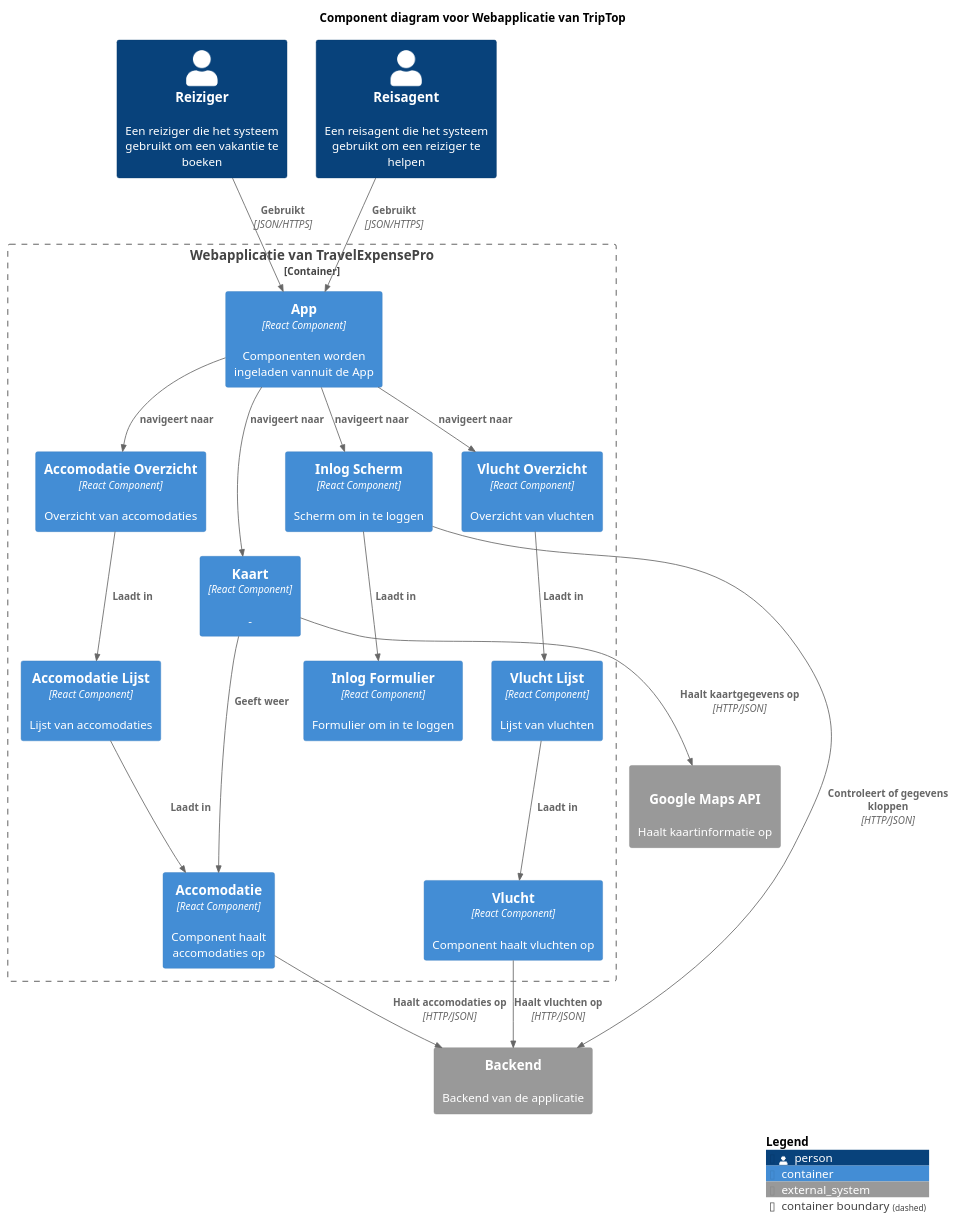
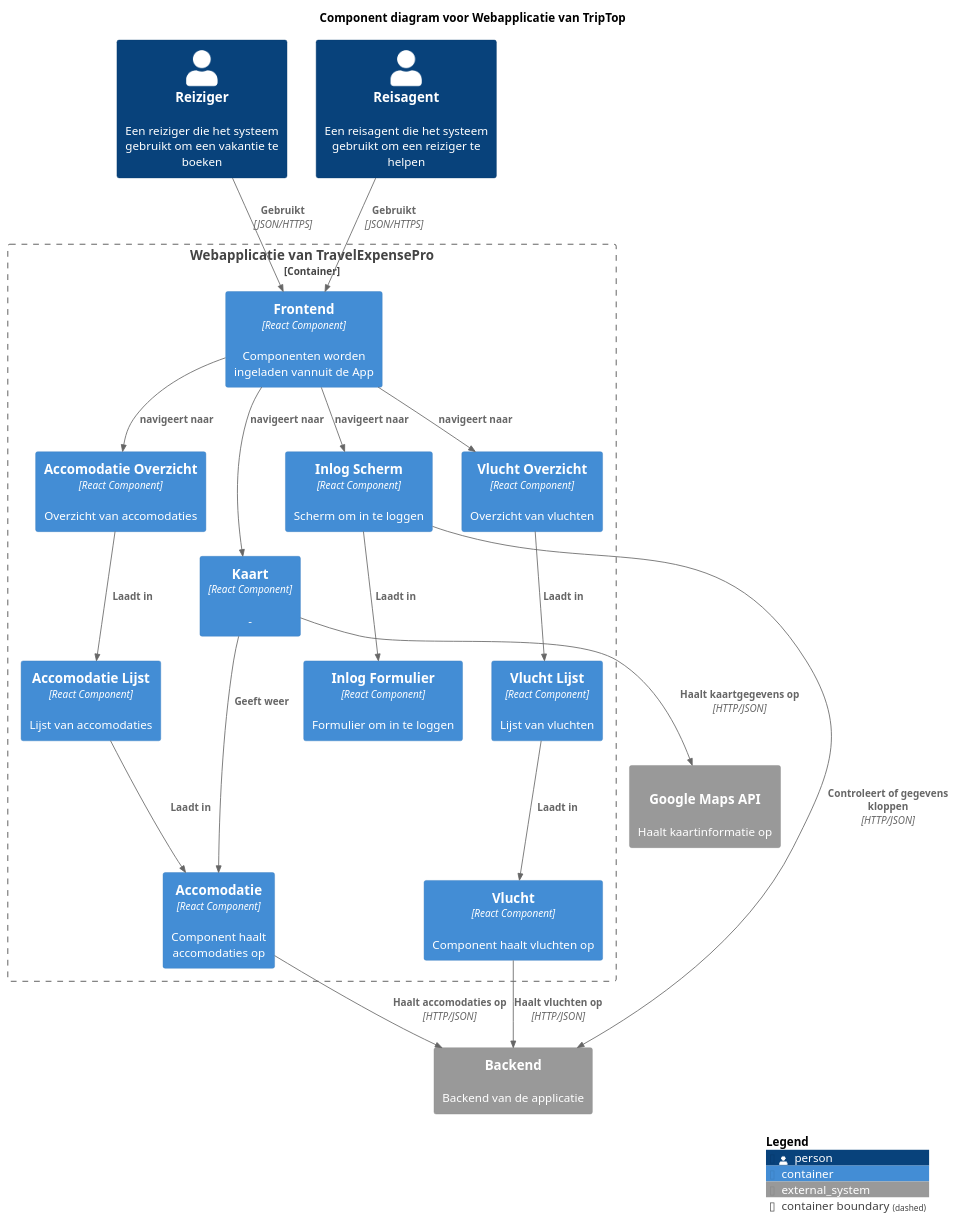
One commit to AIM-ENE-feb25/triptop-groep-b4 changed the diagram in C4_diagrammen/componentDiagramFrontEnd.puml. Above: the diagram before and after it, drawn with PlantUML. The commit also changed 1 other file, not shown here.

```diff
--- a/C4_diagrammen/componentDiagramFrontEnd.puml
+++ b/C4_diagrammen/componentDiagramFrontEnd.puml
@@ -1,47 +1,47 @@
 @startuml
 !include https://raw.githubusercontent.com/plantuml-stdlib/C4-PlantUML/master/C4_Component.puml
 ' uncomment the following line and comment the first to use locally
 ' !include C4_Component.puml
 
 LAYOUT_WITH_LEGEND()
 
 title Component diagram voor Webapplicatie van TripTop
 
 Person(Reiziger, "Reiziger", "Een reiziger die het systeem gebruikt om een vakantie te boeken")
 Person(Reisagent, "Reisagent", "Een reisagent die het systeem gebruikt om een reiziger te helpen")
 
 Container_Boundary(api, "Webapplicatie van TravelExpensePro") {
-    Container(App, "App", "React Component", "Componenten worden ingeladen vannuit de App")
+    Container(Frontend, "Frontend", "React Component", "Componenten worden ingeladen vannuit de App")
     Container(InlogScherm, "Inlog Scherm", "React Component", "Scherm om in te loggen")
     Container(InlogFormulier, "Inlog Formulier", "React Component", "Formulier om in te loggen")
     Container(Kaart, "Kaart", "React Component", "-")
     Container(AccomodatieOverzicht, "Accomodatie Overzicht", "React Component", "Overzicht van accomodaties")
     Container(AccomodatieLijst, "Accomodatie Lijst", "React Component", "Lijst van accomodaties")
     Container(Accomodatie, "Accomodatie", "React Component", "Component haalt accomodaties op")
     Container(VluchtOverzicht, "Vlucht Overzicht", "React Component", "Overzicht van vluchten")
     Container(VluchtLijst, "Vlucht Lijst", "React Component", "Lijst van vluchten")
     Container(Vlucht, "Vlucht", "React Component", "Component haalt vluchten op")
 
-    Rel(Reiziger, App, "Gebruikt", "JSON/HTTPS")
-    Rel(Reisagent, App, "Gebruikt", "JSON/HTTPS")
-    Rel(App, InlogScherm, "navigeert naar")
-    Rel(App, Kaart, "navigeert naar")
-    Rel(App, AccomodatieOverzicht, "navigeert naar")
+    Rel(Reiziger, Frontend, "Gebruikt", "JSON/HTTPS")
+    Rel(Reisagent, Frontend, "Gebruikt", "JSON/HTTPS")
+    Rel(Frontend, InlogScherm, "navigeert naar")
+    Rel(Frontend, Kaart, "navigeert naar")
+    Rel(Frontend, AccomodatieOverzicht, "navigeert naar")
     Rel(InlogScherm, InlogFormulier, "Laadt in")
     Rel(AccomodatieOverzicht, AccomodatieLijst, "Laadt in")
     Rel(AccomodatieLijst, Accomodatie, "Laadt in")
     Rel(Kaart, Accomodatie, "Geeft weer")
-    Rel(App, VluchtOverzicht, "navigeert naar")
+    Rel(Frontend, VluchtOverzicht, "navigeert naar")
     Rel(VluchtOverzicht, VluchtLijst, "Laadt in")
     Rel(VluchtLijst, Vlucht, "Laadt in")
 }
 
 
 System_Ext(backend, "Backend", "Backend van de applicatie")
 System_Ext(GoogleMapsAPI, "Google Maps API", "Haalt kaartinformatie op", "HTTP/JSON")
 Rel(InlogScherm, backend, "Controleert of gegevens kloppen", "HTTP/JSON")
 Rel(Accomodatie, backend, "Haalt accomodaties op", "HTTP/JSON")
 Rel(Vlucht, backend, "Haalt vluchten op", "HTTP/JSON")
 Rel(Kaart, GoogleMapsAPI, "Haalt kaartgegevens op", "HTTP/JSON")
 SHOW_LEGEND()
 @enduml
```
